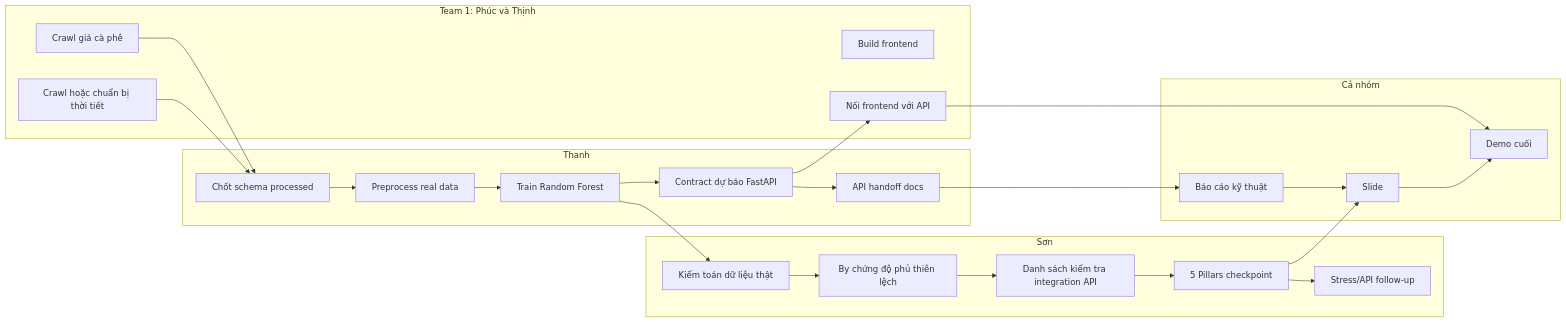
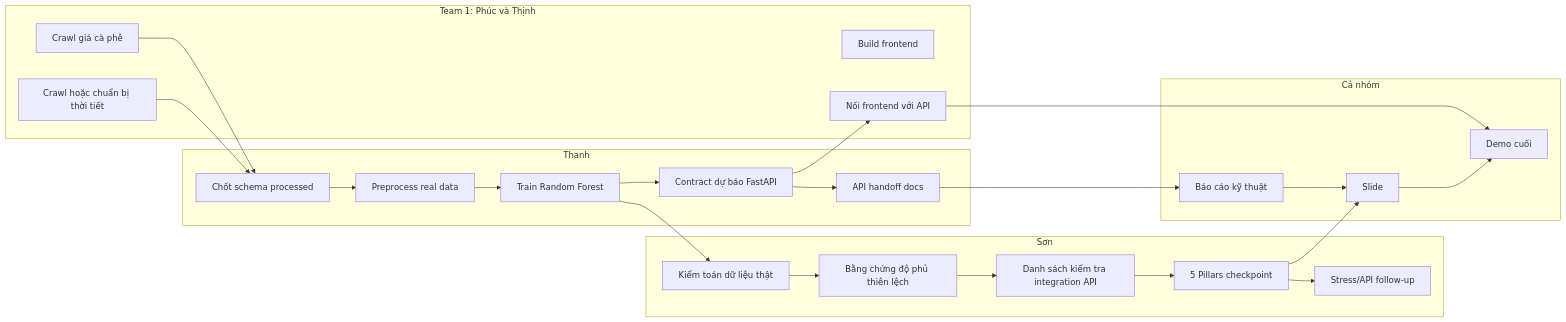
The fifth of 7 diagrams in docs/discussions/2026-05-13-team-data-flow-roadmap.md (uit-25730067-chithanh/AI002-Team22-DT10), drawn with Mermaid before and after one commit. The commit also changed 1 other file, not shown here.

Commit message:
docs: fix typo "By chứng" to "Bằng chứng" in roadmaps
- Correct Vietnamese spelling in project-roadmap.md
- Correct Vietnamese spelling in team-data-flow-roadmap.md
- Ensure consistency across documentation

````diff
--- a/docs/discussions/2026-05-13-team-data-flow-roadmap.md
+++ b/docs/discussions/2026-05-13-team-data-flow-roadmap.md
@@ -109,40 +109,40 @@
 ```mermaid
 flowchart LR
     subgraph T1[Team 1: Phúc và Thịnh]
         A[Crawl giá cà phê]
         B[Crawl hoặc chuẩn bị thời tiết]
         C[Build frontend]
         D[Nối frontend với API]
     end
 
     subgraph T2A[Thanh]
         E[Chốt schema processed]
         F[Preprocess real data]
         G[Train Random Forest]
         H[Contract dự báo FastAPI]
         I[API handoff docs]
     end
 
     subgraph T2B[Sơn]
         J[Kiểm toán dữ liệu thật]
-        K[By chứng độ phủ thiên lệch]
+        K[Bằng chứng độ phủ thiên lệch]
         L[Danh sách kiểm tra integration API]
         M[5 Pillars checkpoint]
         Q[Stress/API follow-up]
     end
 
     subgraph ALL[Cả nhóm]
         N[Báo cáo kỹ thuật]
         O[Slide]
         P[Demo cuối]
     end
 
     A --> E
     B --> E
     E --> F --> G --> H --> D
     G --> J --> K --> L --> M --> Q
     H --> I --> N
     D --> P
     M --> O
     N --> O --> P
 ```
````
